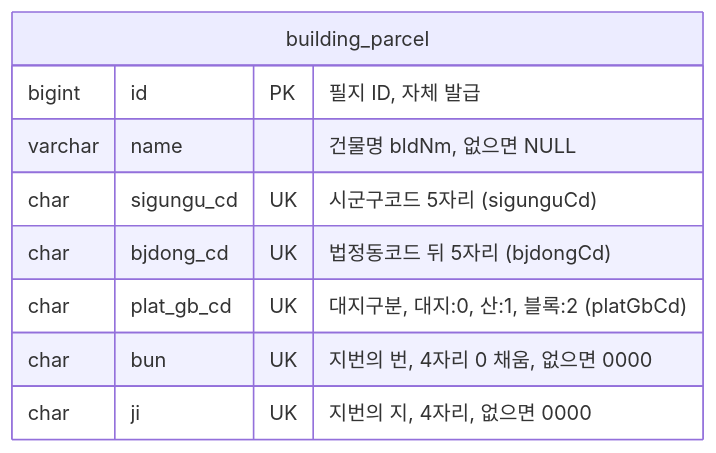
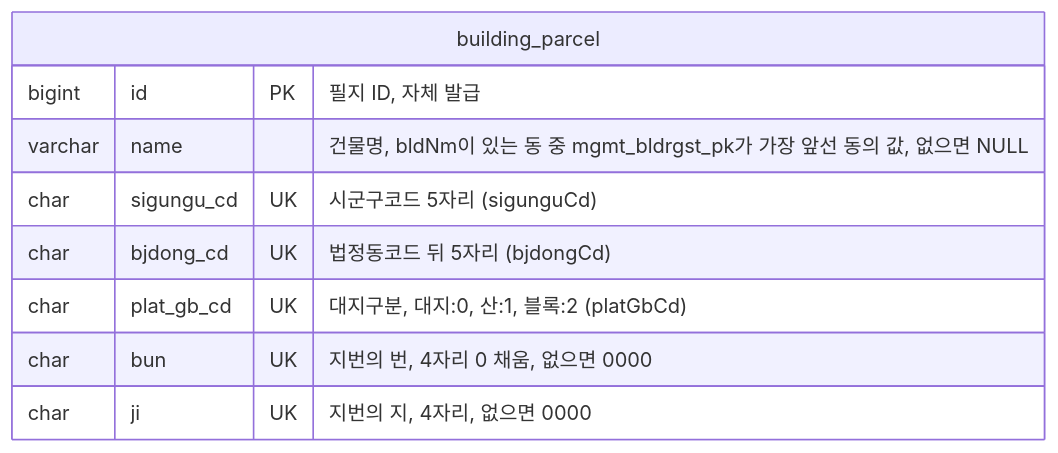
Before and after one commit to f-lab-edu/jipsee: the third of 4 diagrams in docs/erd.md, drawn with Mermaid.

Commit message:
docs: building_parcel name 선택 규칙 명시

````diff
--- a/docs/erd.md
+++ b/docs/erd.md
@@ -41,12 +41,12 @@
 ```mermaid
 erDiagram
     building_parcel {
         bigint id PK "필지 ID, 자체 발급"
-        varchar name "건물명 bldNm, 없으면 NULL"
+        varchar name "건물명, bldNm이 있는 동 중 mgmt_bldrgst_pk가 가장 앞선 동의 값, 없으면 NULL"
         char sigungu_cd UK "시군구코드 5자리 (sigunguCd)"
         char bjdong_cd UK "법정동코드 뒤 5자리 (bjdongCd)"
         char plat_gb_cd UK "대지구분, 대지:0, 산:1, 블록:2 (platGbCd)"
         char bun UK "지번의 번, 4자리 0 채움, 없으면 0000"
         char ji UK "지번의 지, 4자리, 없으면 0000"
     }
 ```
````
